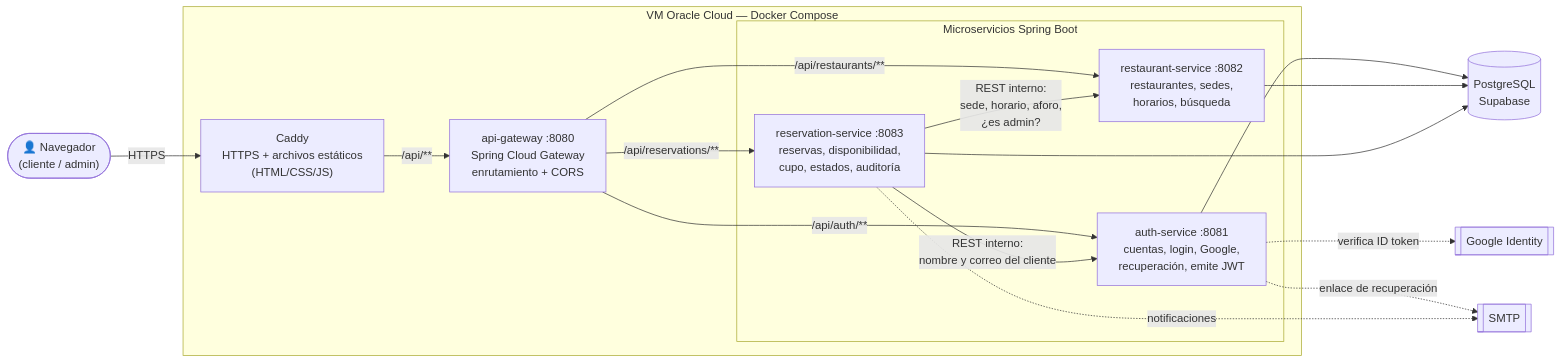
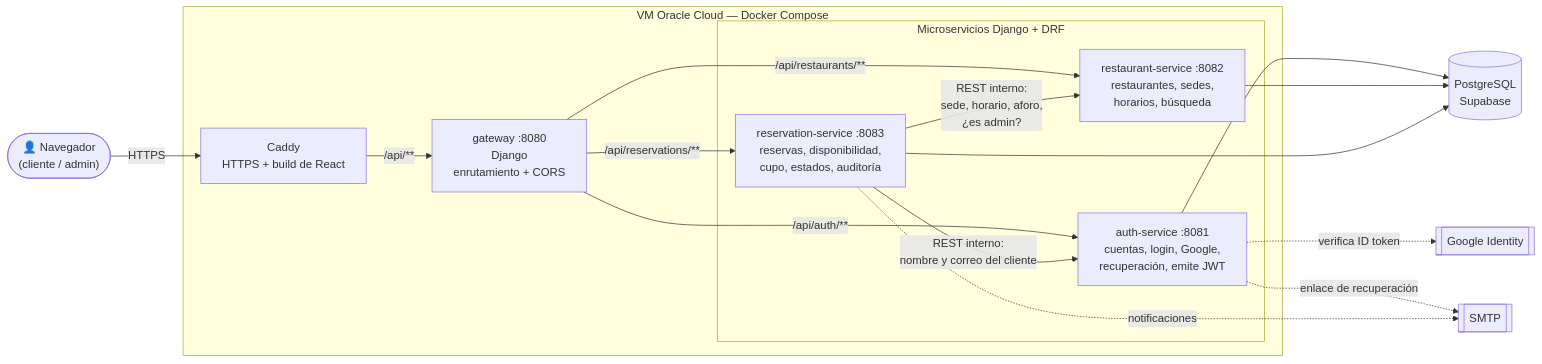
One commit to DeiviCode99/ReservaYaEP-2026-2 changed the second of 4 diagrams in docs/SRS-ReservaYa.md. Above: the diagram before and after it, drawn with Mermaid. The commit also changed other lines of this file and 3 other files, not shown here.

First line of the commit message:
docs: README, SRS y documentación de la base actualizados a Django + React

````diff
--- a/docs/SRS-ReservaYa.md
+++ b/docs/SRS-ReservaYa.md
@@ -174,35 +176,35 @@
 ```mermaid
 flowchart LR
     U(["👤 Navegador<br/>(cliente / admin)"])
 
     subgraph VM["VM Oracle Cloud — Docker Compose"]
-        Caddy["Caddy<br/>HTTPS + archivos estáticos<br/>(HTML/CSS/JS)"]
-        GW["api-gateway :8080<br/>Spring Cloud Gateway<br/>enrutamiento + CORS"]
+        Caddy["Caddy<br/>HTTPS + build de React"]
+        GW["gateway :8080<br/>Django<br/>enrutamiento + CORS"]
 
-        subgraph MS["Microservicios Spring Boot"]
+        subgraph MS["Microservicios Django + DRF"]
             AUTH["auth-service :8081<br/>cuentas, login, Google,<br/>recuperación, emite JWT"]
             REST["restaurant-service :8082<br/>restaurantes, sedes,<br/>horarios, búsqueda"]
             RES["reservation-service :8083<br/>reservas, disponibilidad,<br/>cupo, estados, auditoría"]
         end
     end
 
     DB[("PostgreSQL<br/>Supabase")]
     G[["Google Identity"]]
     SMTP[["SMTP"]]
 
     U -- HTTPS --> Caddy
     Caddy -- "/api/**" --> GW
     GW -- "/api/auth/**" --> AUTH
     GW -- "/api/restaurants/**" --> REST
     GW -- "/api/reservations/**" --> RES
 
     RES -- "REST interno:<br/>sede, horario, aforo,<br/>¿es admin?" --> REST
     RES -- "REST interno:<br/>nombre y correo del cliente" --> AUTH
 
     AUTH --> DB
     REST --> DB
     RES --> DB
     AUTH -. verifica ID token .-> G
     AUTH -. enlace de recuperación .-> SMTP
     RES -. notificaciones .-> SMTP
 ```
````
